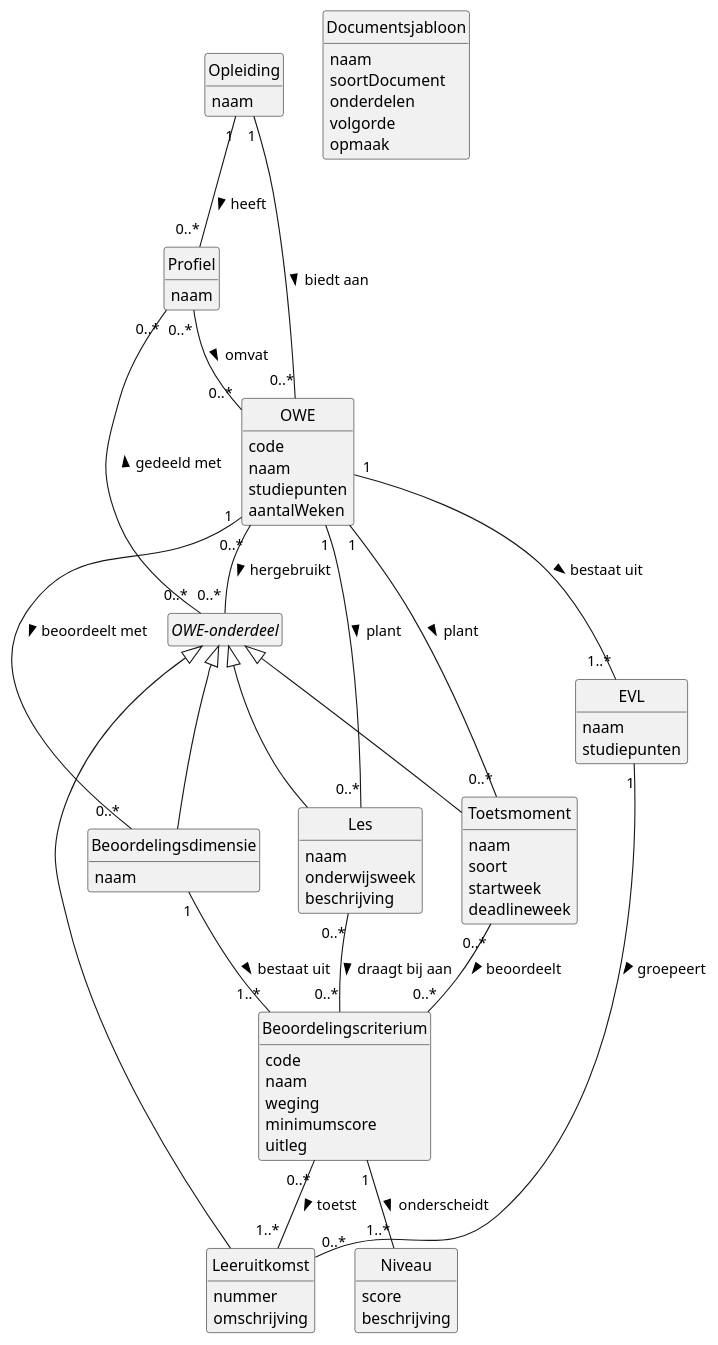
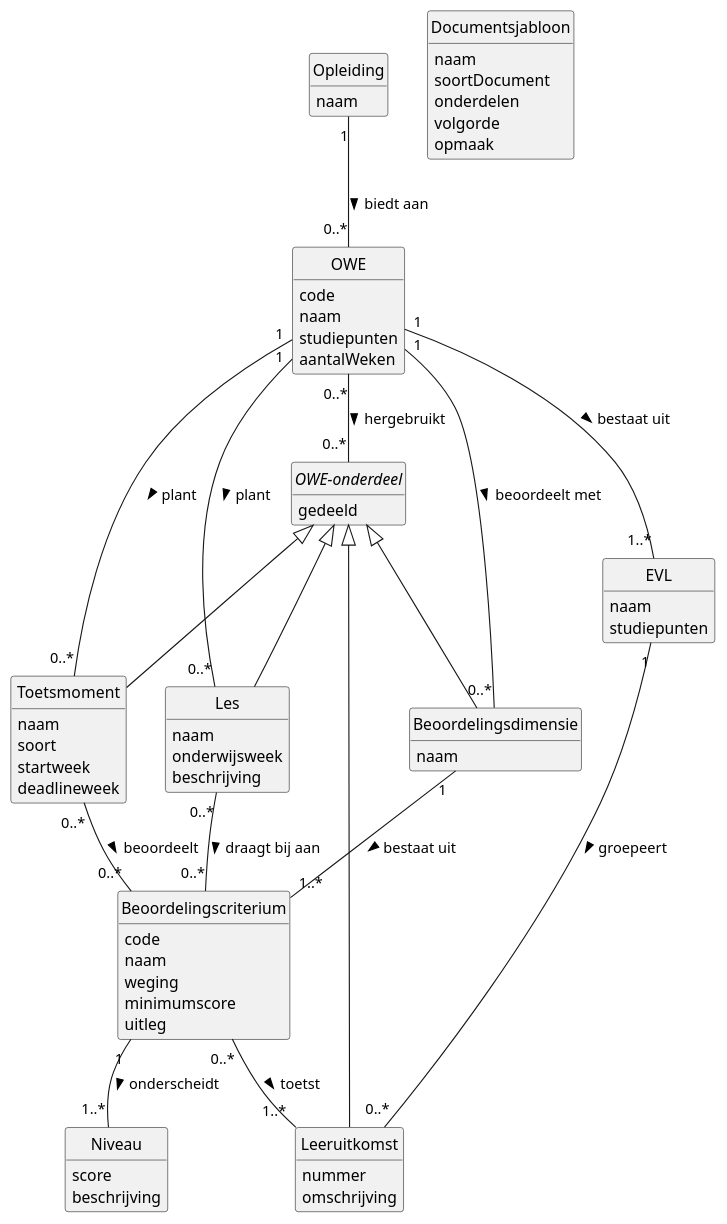
One commit to HAN-Craftsmanship-KL-JJG/casus changed the diagram in docs/diagrams/domeinmodel.puml. Above: the diagram before and after it, drawn with PlantUML. The commit also changed 2 other files, not shown here.

Commit message:
docs: drop Profiel from domain model
No source says an OWE belongs to profiles, and no use case manages them.
Sharing stays within HBO-ICT, so a part is shared or not, and the gedeeld
attribute says that.
Profiel also added a second path from Opleiding to OWE.

Refs #4

```diff
--- a/docs/diagrams/domeinmodel.puml
+++ b/docs/diagrams/domeinmodel.puml
@@ -1,86 +1,82 @@
 @startuml domeinmodel
 ' Domeinmodel van ICDE. Toelichting: docs/domeinmodel.md
 ' Een domeinmodel heeft geen operaties, datatypes, visibility of navigatie.
 hide circle
 hide methods
 hide empty members
 skinparam shadowing false
 skinparam defaultFontName Helvetica
 skinparam classAttributeIconSize 0
 
 class Opleiding {
   naam
 }
-class Profiel {
-  naam
-}
 class OWE {
   code
   naam
   studiepunten
   aantalWeken
 }
 class EVL {
   naam
   studiepunten
 }
-abstract class "OWE-onderdeel" as Onderdeel
+abstract class "OWE-onderdeel" as Onderdeel {
+  gedeeld
+}
 class Leeruitkomst {
   nummer
   omschrijving
 }
 class Beoordelingsdimensie {
   naam
 }
 class Beoordelingscriterium {
   code
   naam
   weging
   minimumscore
   uitleg
 }
 class Niveau {
   score
   beschrijving
 }
 class Les {
   naam
   onderwijsweek
   beschrijving
 }
 class Toetsmoment {
   naam
   soort
   startweek
   deadlineweek
 }
 class Documentsjabloon {
   naam
   soortDocument
   onderdelen
   volgorde
   opmaak
 }
 
-Opleiding "1" -- "0..*" Profiel : heeft >
 Opleiding "1" -- "0..*" OWE : biedt aan >
-Profiel "0..*" -- "0..*" OWE : omvat >
 OWE "1" -- "1..*" EVL : bestaat uit >
 EVL "1" -- "0..*" Leeruitkomst : groepeert >
 OWE "1" -- "0..*" Beoordelingsdimensie : beoordeelt met >
 Beoordelingsdimensie "1" -- "1..*" Beoordelingscriterium : bestaat uit >
 Beoordelingscriterium "1" -- "1..*" Niveau : onderscheidt >
 OWE "1" -- "0..*" Les : plant >
 OWE "1" -- "0..*" Toetsmoment : plant >
 
 Beoordelingscriterium "0..*" -- "1..*" Leeruitkomst : toetst >
 Les "0..*" -- "0..*" Beoordelingscriterium : draagt bij aan >
 Toetsmoment "0..*" -- "0..*" Beoordelingscriterium : beoordeelt >
 
 Onderdeel <|-- Leeruitkomst
 Onderdeel <|-- Beoordelingsdimensie
 Onderdeel <|-- Les
 Onderdeel <|-- Toetsmoment
-Onderdeel "0..*" -- "0..*" Profiel : gedeeld met >
 OWE "0..*" -- "0..*" Onderdeel : hergebruikt >
 @enduml
```
